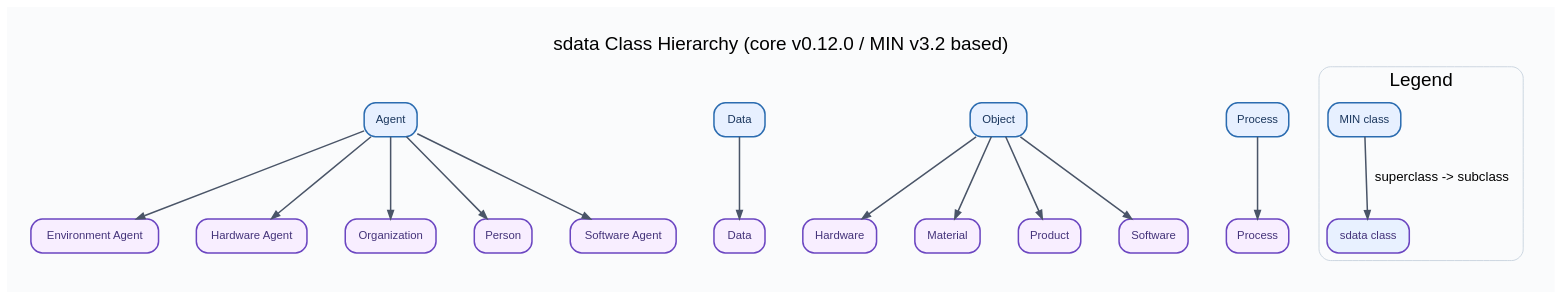
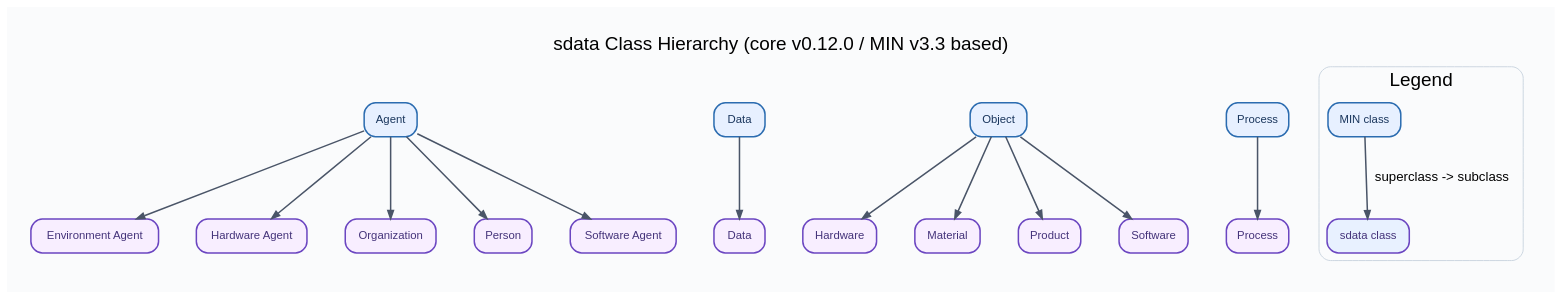
The diagram in docs/diagrams/sdata-class-hierarchy.dot (lepy/sdata-ontology), drawn with Graphviz before and after one commit. The commit also changed 27 other files, not shown here.

```diff
--- a/docs/diagrams/sdata-class-hierarchy.dot
+++ b/docs/diagrams/sdata-class-hierarchy.dot
@@ -1,119 +1,119 @@
 digraph "" {
 	graph [bgcolor="#FAFBFC",
 		fontname=Helvetica,
 		fontsize=20,
-		label="sdata Class Hierarchy (core v0.12.0 / MIN v3.2 based)",
+		label="sdata Class Hierarchy (core v0.12.0 / MIN v3.3 based)",
 		labeljust=c,
 		labelloc=t,
 		nodesep=0.55,
 		overlap=false,
 		pad=0.35,
 		rankdir=TB,
 		ranksep=1.0,
 		splines=true
 	];
 	node [fontname=Helvetica,
 		fontsize=12,
 		label="\N",
 		margin="0.14,0.08",
 		penwidth=1.6,
 		shape=box,
 		style="filled,rounded"
 	];
 	edge [arrowsize=0.85,
 		color="#4A5568",
 		fontname=Helvetica,
 		penwidth=1.6
 	];
 	subgraph min_rank {
 		graph [rank=same,
 			style=invis
 		];
 		"https://w3id.org/min#Agent"	[color="#2B6CB0",
 			fillcolor="#E7F0FF",
 			fontcolor="#1A365D",
 			label=Agent];
 		"https://w3id.org/min#Data"	[color="#2B6CB0",
 			fillcolor="#E7F0FF",
 			fontcolor="#1A365D",
 			label=Data];
 		"https://w3id.org/min#Object"	[color="#2B6CB0",
 			fillcolor="#E7F0FF",
 			fontcolor="#1A365D",
 			label=Object];
 		"https://w3id.org/min#Process"	[color="#2B6CB0",
 			fillcolor="#E7F0FF",
 			fontcolor="#1A365D",
 			label=Process];
 	}
 	subgraph cluster_legend {
 		graph [color="#CBD5E0",
 			label=Legend,
 			style=rounded
 		];
 		legend_min	[color="#2B6CB0",
 			fillcolor="#E7F0FF",
 			fontcolor="#1A365D",
 			label="MIN class"];
 		legend_sdata	[color="#6B46C1",
 			fillcolor="#E8F1FF",
 			fontcolor="#44337A",
 			label="sdata class"];
 		legend_min -> legend_sdata	[label="superclass -> subclass"];
 	}
 	"https://w3id.org/sdata/core/EnvironmentAgent"	[color="#6B46C1",
 		fillcolor="#F8EEFF",
 		fontcolor="#44337A",
 		label="Environment Agent"];
 	"https://w3id.org/min#Agent" -> "https://w3id.org/sdata/core/EnvironmentAgent";
 	"https://w3id.org/sdata/core/HardwareAgent"	[color="#6B46C1",
 		fillcolor="#F8EEFF",
 		fontcolor="#44337A",
 		label="Hardware Agent"];
 	"https://w3id.org/min#Agent" -> "https://w3id.org/sdata/core/HardwareAgent";
 	"https://w3id.org/sdata/core/Organization"	[color="#6B46C1",
 		fillcolor="#F8EEFF",
 		fontcolor="#44337A",
 		label=Organization];
 	"https://w3id.org/min#Agent" -> "https://w3id.org/sdata/core/Organization";
 	"https://w3id.org/sdata/core/Person"	[color="#6B46C1",
 		fillcolor="#F8EEFF",
 		fontcolor="#44337A",
 		label=Person];
 	"https://w3id.org/min#Agent" -> "https://w3id.org/sdata/core/Person";
 	"https://w3id.org/sdata/core/SoftwareAgent"	[color="#6B46C1",
 		fillcolor="#F8EEFF",
 		fontcolor="#44337A",
 		label="Software Agent"];
 	"https://w3id.org/min#Agent" -> "https://w3id.org/sdata/core/SoftwareAgent";
 	"https://w3id.org/sdata/core/Data"	[color="#6B46C1",
 		fillcolor="#F8EEFF",
 		fontcolor="#44337A",
 		label=Data];
 	"https://w3id.org/min#Data" -> "https://w3id.org/sdata/core/Data";
 	"https://w3id.org/sdata/core/Hardware"	[color="#6B46C1",
 		fillcolor="#F8EEFF",
 		fontcolor="#44337A",
 		label=Hardware];
 	"https://w3id.org/min#Object" -> "https://w3id.org/sdata/core/Hardware";
 	"https://w3id.org/sdata/core/Material"	[color="#6B46C1",
 		fillcolor="#F8EEFF",
 		fontcolor="#44337A",
 		label=Material];
 	"https://w3id.org/min#Object" -> "https://w3id.org/sdata/core/Material";
 	"https://w3id.org/sdata/core/Product"	[color="#6B46C1",
 		fillcolor="#F8EEFF",
 		fontcolor="#44337A",
 		label=Product];
 	"https://w3id.org/min#Object" -> "https://w3id.org/sdata/core/Product";
 	"https://w3id.org/sdata/core/Software"	[color="#6B46C1",
 		fillcolor="#F8EEFF",
 		fontcolor="#44337A",
 		label=Software];
 	"https://w3id.org/min#Object" -> "https://w3id.org/sdata/core/Software";
 	"https://w3id.org/sdata/core/Process"	[color="#6B46C1",
 		fillcolor="#F8EEFF",
 		fontcolor="#44337A",
 		label=Process];
 	"https://w3id.org/min#Process" -> "https://w3id.org/sdata/core/Process";
 }
```
